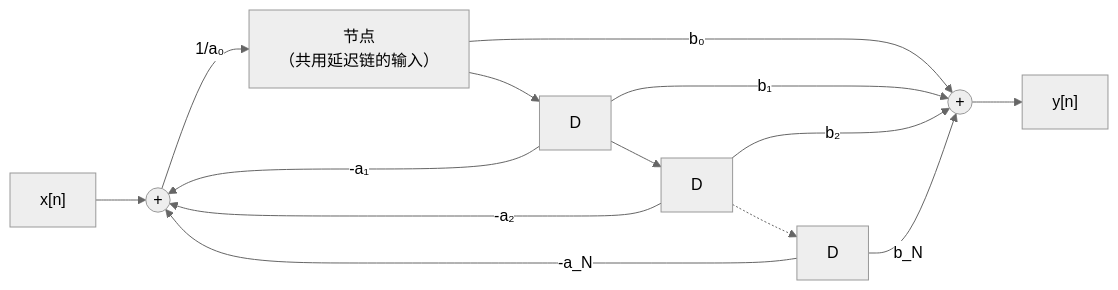
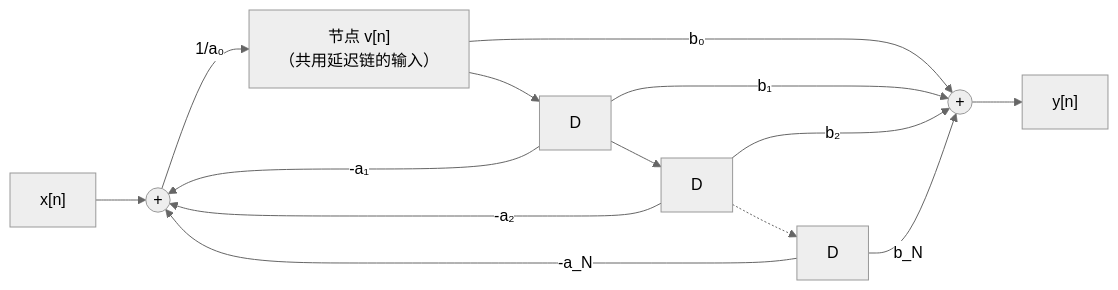
One commit to KayeAdams515/ClaudeNotes changed the third of 5 diagrams in 信号与系统/C2.6 LTI系统的方框图表示.md. Above: the diagram before and after it, drawn with Mermaid (neutral theme). The commit also changed other lines of this file and 23 other files, not shown here.

````diff
--- a/信号与系统/C2.6 LTI系统的方框图表示.md
+++ b/信号与系统/C2.6 LTI系统的方框图表示.md
@@ -198,14 +274,14 @@
 ```mermaid
 flowchart LR
-    X["x[n]"] --> A(("+")) -->|"1/a₀"| N1["节点<br/>（共用延迟链的输入）"]
+    X["x[n]"] --> A(("+")) -->|"1/a₀"| N1["节点 v[n]<br/>（共用延迟链的输入）"]
     N1 -->|b₀| B(("+")) --> Y["y[n]"]
     N1 --> D1["D"]
     D1 -->|"-a₁"| A
     D1 -->|b₁| B
     D1 --> D2["D"]
     D2 -->|"-a₂"| A
     D2 -->|b₂| B
     D2 -.-> DN["D"]
     DN -->|"-a_N"| A
     DN -->|b_N| B
 ```
````
